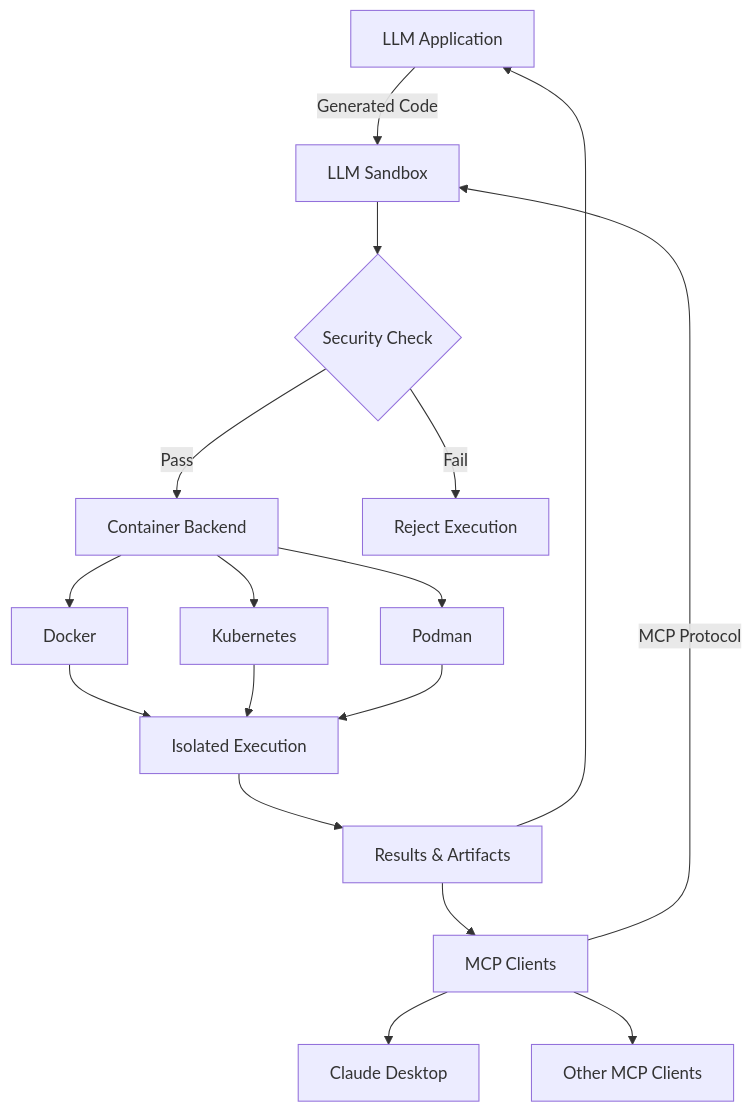
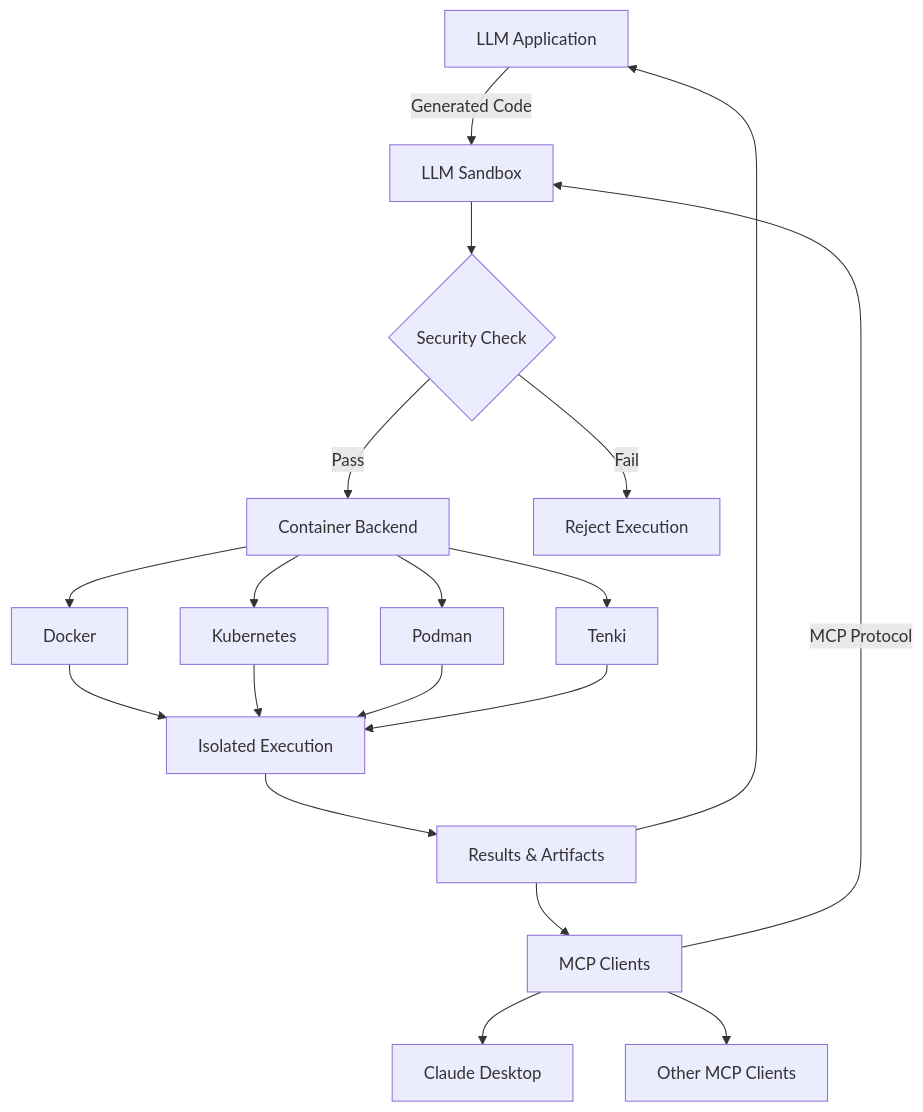
Before and after one commit to vndee/llm-sandbox: the diagram in docs/index.md, drawn with Mermaid. The commit also changed 2 other files, not shown here.

Commit message:
docs(tenki): Added missing tenki documentation

````diff
--- a/docs/index.md
+++ b/docs/index.md
@@ -131,20 +131,22 @@
 ```mermaid
 graph TD
     A[LLM Application] -->|Generated Code| B[LLM Sandbox]
     A1[MCP Clients] -->|MCP Protocol| B
     B --> C{Security Check}
     C -->|Pass| D[Container Backend]
     C -->|Fail| E[Reject Execution]
     D --> F[Docker]
     D --> G[Kubernetes]
     D --> H[Podman]
+    D --> I[Tenki]
     F --> J[Isolated Execution]
     G --> J
     H --> J
+    I --> J
     J --> K[Results & Artifacts]
     K --> A
     K --> A1
 
     A1 --> L[Claude Desktop]
     A1 --> M[Other MCP Clients]
 ```
````
